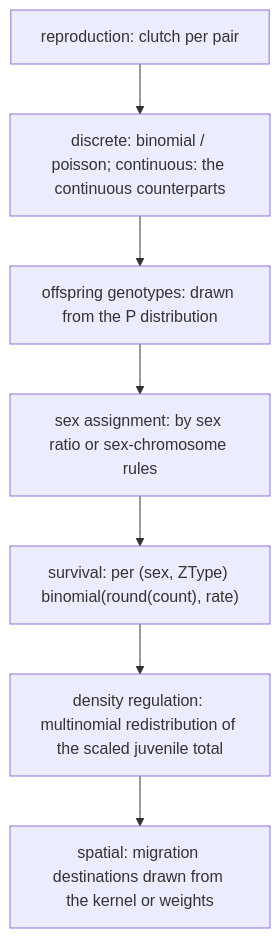
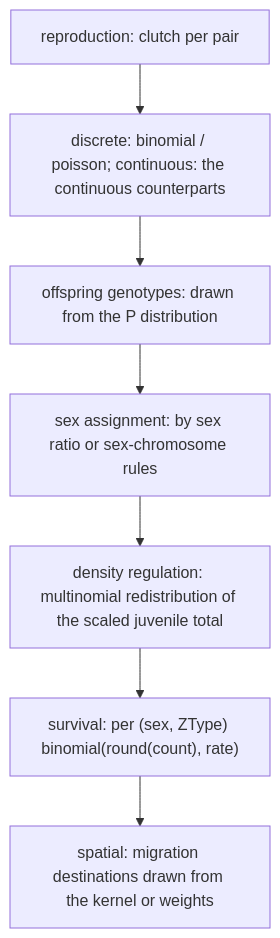
One commit to jyzhu-pointless/natal-core changed the diagram in docs/en/developer/randomness.md. Above: the diagram before and after it, drawn with Mermaid. The commit also changed 144 other files, not shown here.

````diff
--- a/docs/en/developer/randomness.md
+++ b/docs/en/developer/randomness.md
@@ -17,9 +17,9 @@
 ```mermaid
 flowchart TD
     R["reproduction: clutch per pair"] --> D1["discrete: binomial / poisson; continuous: the continuous counterparts"]
     D1 --> G["offspring genotypes: drawn from the P distribution"]
     G --> SX["sex assignment: by sex ratio or sex-chromosome rules"]
-    SX --> SUR["survival: per (sex, ZType) binomial(round(count), rate)"]
-    SUR --> DEN["density regulation: multinomial redistribution of the scaled juvenile total"]
-    DEN --> MIG["spatial: migration destinations drawn from the kernel or weights"]
+    SX --> DEN["density regulation: multinomial redistribution of the scaled juvenile total"]
+    DEN --> SUR["survival: per (sex, ZType) binomial(round(count), rate)"]
+    SUR --> MIG["spatial: migration destinations drawn from the kernel or weights"]
 ```
````
